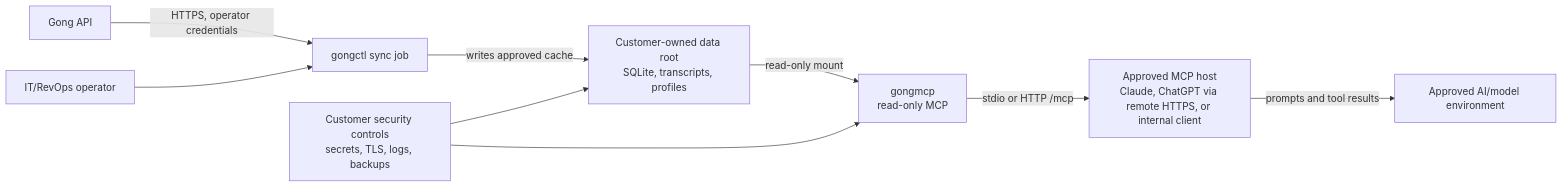
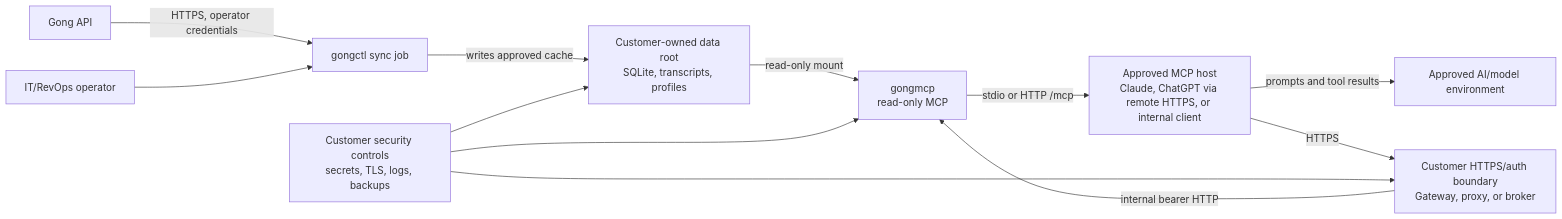
One commit to fyne-coder/gongcli_mcp changed the diagram in docs/customer-hosted-package.md. Above: the diagram before and after it, drawn with Mermaid. The commit also changed other lines of this file and 24 other files, not shown here.

Commit message:
Harden customer-hosted HTTP MCP package

````diff
--- a/docs/customer-hosted-package.md
+++ b/docs/customer-hosted-package.md
@@ -31,11 +31,14 @@
 ```mermaid
 flowchart LR
   Gong["Gong API"] -->|"HTTPS, operator credentials"| Sync["gongctl sync job"]
   Sync -->|"writes approved cache"| Data["Customer-owned data root\nSQLite, transcripts, profiles"]
   Data -->|"read-only mount"| MCP["gongmcp\nread-only MCP"]
+  Edge["Customer HTTPS/auth boundary\nGateway, proxy, or broker"] -->|"internal bearer HTTP"| MCP
   MCP -->|"stdio or HTTP /mcp"| Host["Approved MCP host\nClaude, ChatGPT via remote HTTPS, or internal client"]
+  Host -->|"HTTPS"| Edge
   Host -->|"prompts and tool results"| Model["Approved AI/model environment"]
   Operator["IT/RevOps operator"] --> Sync
   Security["Customer security controls\nsecrets, TLS, logs, backups"] --> Data
+  Security --> Edge
   Security --> MCP
 ```
````
